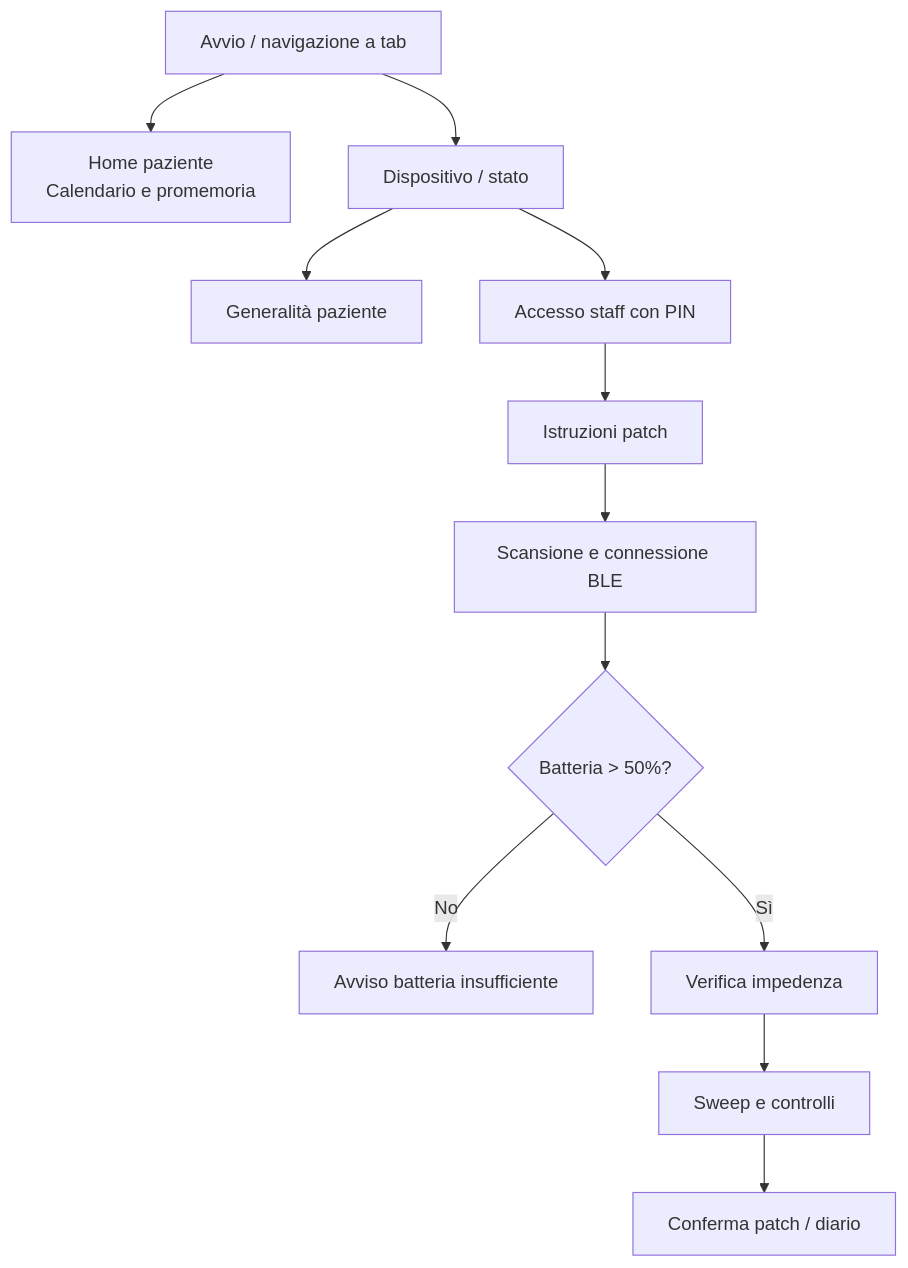
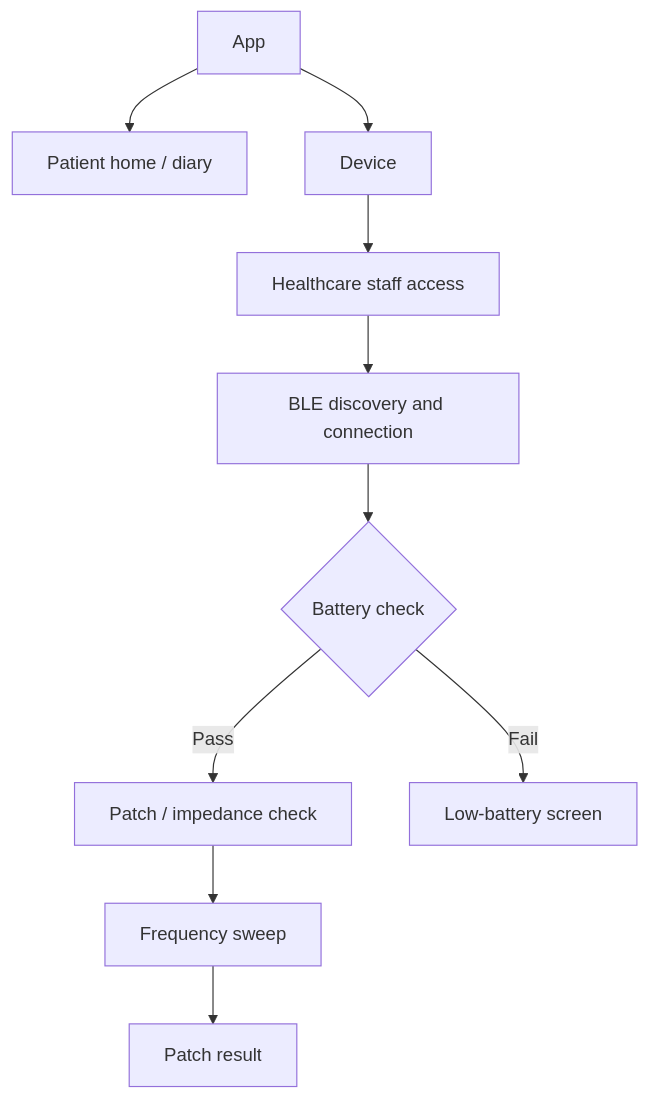
The second of 2 diagrams in README.md (deewmike/InsulinGuard), drawn with Mermaid before and after one commit. The commit also changed other lines of this file and 7 other files, not shown here.

````diff
--- a/README.md
+++ b/README.md
@@ -181,14 +143,12 @@
 ```mermaid
 flowchart TD
-    A["Avvio / navigazione a tab"] --> B["Home paziente\nCalendario e promemoria"]
-    A --> C["Dispositivo / stato"]
-    C --> D["Generalità paziente"]
-    C --> E["Accesso staff con PIN"]
-    E --> F["Istruzioni patch"]
-    F --> G["Scansione e connessione BLE"]
-    G --> H{"Batteria > 50%?"}
-    H -- No --> I["Avviso batteria insufficiente"]
-    H -- Sì --> L["Verifica impedenza"]
-    L --> M["Sweep e controlli"]
-    M --> N["Conferma patch / diario"]
+    Start["App"] --> Home["Patient home / diary"]
+    Start --> Device["Device"]
+    Device --> Staff["Healthcare staff access"]
+    Staff --> Scan["BLE discovery and connection"]
+    Scan --> Battery{"Battery check"}
+    Battery -->|Pass| Contact["Patch / impedance check"]
+    Battery -->|Fail| Low["Low-battery screen"]
+    Contact --> Sweep["Frequency sweep"]
+    Sweep --> Result["Patch result"]
 ```
````
